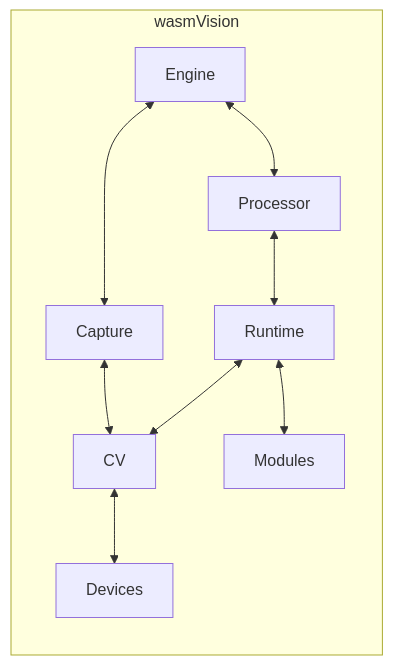
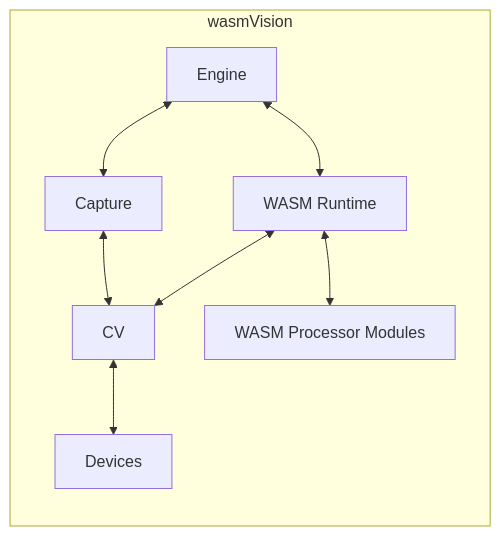
The diagram in ARCHITECTURE.md (wasmvision/wasmvision), drawn with Mermaid before and after one commit. The commit also changed other lines of this file, not shown here.

Commit message:
docs: improve arch diagram by removing

````diff
--- a/ARCHITECTURE.md
+++ b/ARCHITECTURE.md
@@ -5,12 +5,11 @@
 ```mermaid
 flowchart LR
     subgraph wasmVision
         Engine<-->Capture
-        Engine<-->Processor
+        Engine<-->Runtime[WASM Runtime]
         Capture<-->CV
         CV<-->Devices
-        Processor<-->Runtime
-        Runtime<-->Modules
+        Runtime<-->Modules[WASM Processor Modules]
         Runtime<-->CV
     end
 ```
````
